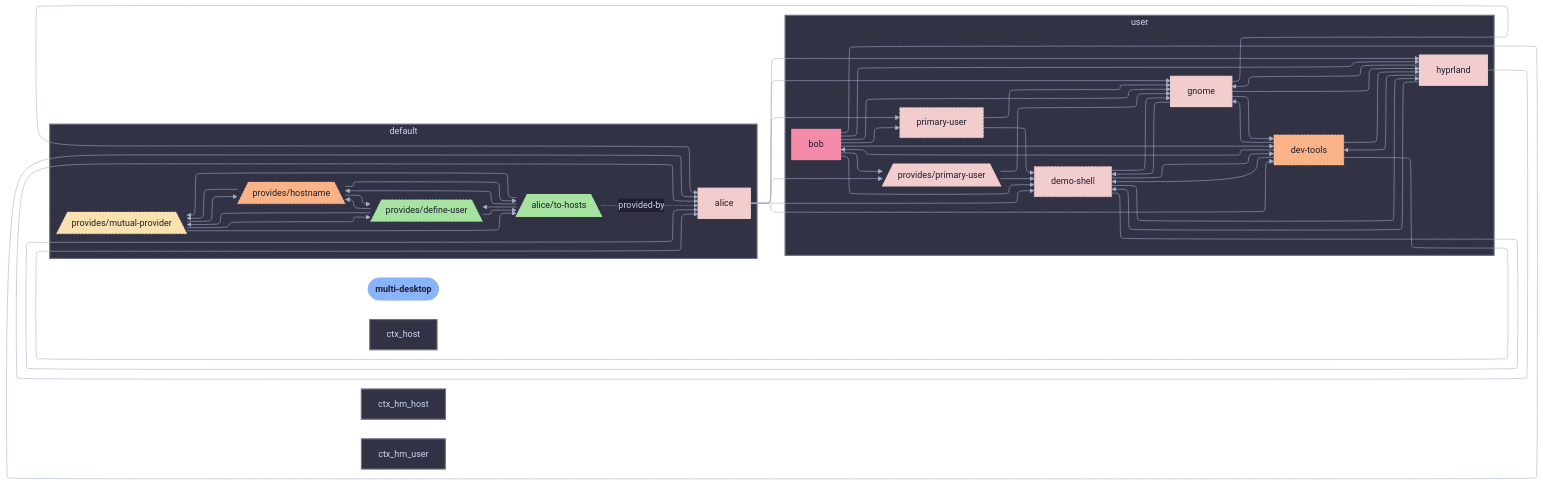
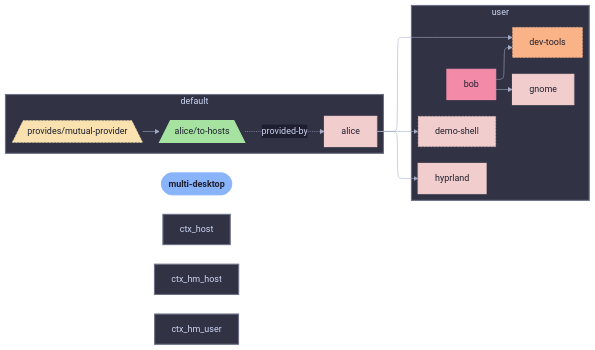
The diagram in templates/diag-fx-demo/diagrams/multi-desktop-class-hm.md (sini/den), drawn with Mermaid before and after one commit. The commit also changed 849 other files, not shown here.

Commit message:
chore: update fx diagrams

```diff
--- a/templates/diag-fx-demo/diagrams/multi-desktop-class-hm.md
+++ b/templates/diag-fx-demo/diagrams/multi-desktop-class-hm.md
@@ -8,22 +8,9 @@
   multi_desktop([multi-desktop]):::root
 
   subgraph ctx_default["default"]
-  den__provides__define_user[/"provides/define-user"\]:::den__provides__define_user_c
-  den__provides__hostname[/"provides/hostname"\]:::den__provides__hostname_c
   den__provides__mutual_provider[/"provides/mutual-provider"\]:::den__provides__mutual_provider_c
   alice__to_hosts[/"alice/to-hosts"\]:::alice__to_hosts_c
-  alice__to_hosts --> den__provides__define_user
-  alice__to_hosts --> den__provides__hostname
-  alice__to_hosts --> den__provides__mutual_provider
-  den__provides__mutual_provider --> den__provides__define_user
-  den__provides__mutual_provider --> den__provides__hostname
   den__provides__mutual_provider --> alice__to_hosts
-  den__provides__hostname --> den__provides__define_user
-  den__provides__define_user --> den__provides__hostname
-  den__provides__define_user --> den__provides__mutual_provider
-  den__provides__hostname --> den__provides__mutual_provider
-  den__provides__define_user --> alice__to_hosts
-  den__provides__hostname --> alice__to_hosts
   alice__to_hosts -.->|provided-by| alice
   end
   subgraph ctx_user["user"]
@@ -33,57 +20,22 @@
   dev_tools["dev-tools"]:::dev_tools_c
   gnome["gnome"]:::gnome_c
   hyprland["hyprland"]:::hyprland_c
-  primary_user["primary-user"]:::primary_user_c
-  den__provides__primary_user[/"provides/primary-user"\]:::den__provides__primary_user_c
   alice --> demo_shell
   alice --> dev_tools
   alice --> hyprland
-  alice --> primary_user
-  alice --> den__provides__primary_user
-  alice --> gnome
   bob --> dev_tools
   bob --> gnome
-  bob --> primary_user
-  bob --> den__provides__primary_user
-  bob --> alice
-  bob --> demo_shell
-  bob --> hyprland
-  demo_shell --> hyprland
-  demo_shell --> alice
-  demo_shell --> dev_tools
-  demo_shell --> gnome
-  den__provides__primary_user --> demo_shell
-  den__provides__primary_user --> gnome
-  dev_tools --> bob
-  dev_tools --> alice
-  dev_tools --> demo_shell
-  dev_tools --> gnome
-  dev_tools --> hyprland
-  gnome --> dev_tools
-  gnome --> alice
-  gnome --> demo_shell
-  gnome --> hyprland
-  hyprland --> dev_tools
-  hyprland --> alice
-  hyprland --> demo_shell
-  hyprland --> gnome
-  primary_user --> demo_shell
-  primary_user --> gnome
   end
 
 
   classDef root fill:#89b4fa,stroke:#89b4fa,color:#1e1e2e,font-weight:bold
   classDef alice_c fill:#f2cdcd,stroke:#f2cdcd,color:#1e1e2e,stroke-width:2px
   classDef bob_c fill:#f38ba8,stroke:#f38ba8,color:#1e1e2e,stroke-width:2px
-  classDef den__provides__define_user_c fill:#a6e3a1,stroke:#a6e3a1,color:#1e1e2e,stroke-dasharray: 3 3,stroke-width:1px
   classDef demo_shell_c fill:#f2cdcd,stroke:#f2cdcd,color:#1e1e2e,stroke-dasharray: 3 3,stroke-width:1px
   classDef dev_tools_c fill:#fab387,stroke:#fab387,color:#1e1e2e,stroke-dasharray: 3 3,stroke-width:1px
   classDef gnome_c fill:#f2cdcd,stroke:#f2cdcd,color:#1e1e2e,stroke-width:2px
-  classDef den__provides__hostname_c fill:#fab387,stroke:#fab387,color:#1e1e2e,stroke-dasharray: 3 3,stroke-width:1px
   classDef hyprland_c fill:#f2cdcd,stroke:#f2cdcd,color:#1e1e2e,stroke-width:2px
   classDef den__provides__mutual_provider_c fill:#f9e2af,stroke:#f9e2af,color:#1e1e2e,stroke-dasharray: 3 3,stroke-width:1px
-  classDef primary_user_c fill:#f2cdcd,stroke:#f2cdcd,color:#1e1e2e,stroke-dasharray: 3 3,stroke-width:1px
-  classDef den__provides__primary_user_c fill:#f2cdcd,stroke:#f2cdcd,color:#1e1e2e,stroke-width:2px
   classDef alice__to_hosts_c fill:#a6e3a1,stroke:#a6e3a1,color:#1e1e2e,stroke-width:2px
 style ctx_host fill:#313244,stroke:#6c7086,stroke-width:2px
 style ctx_default fill:#313244,stroke:#6c7086,stroke-width:2px
```
